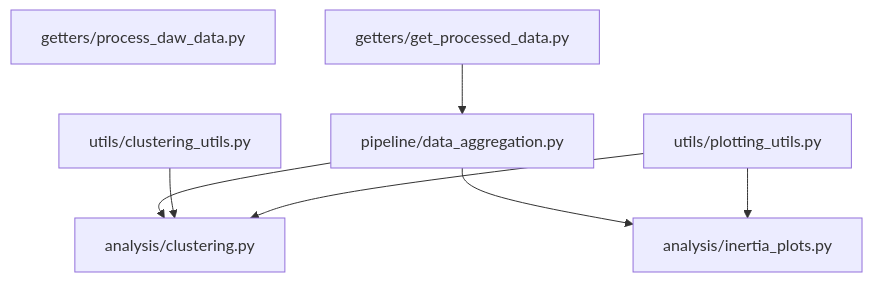
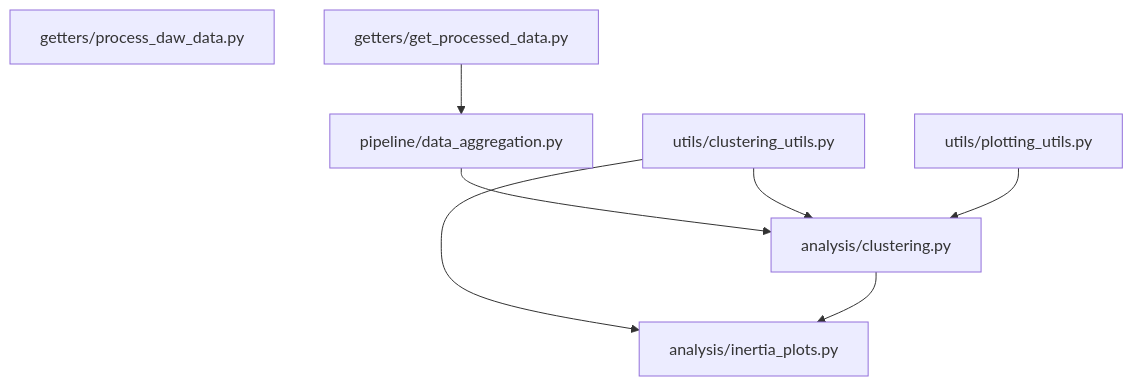
Before and after one commit to nestauk/asf_smart_meter_exploration: the diagram in README.md, drawn with Mermaid.

Commit message:
fixing dependency graph

````diff
--- a/README.md
+++ b/README.md
@@ -63,10 +63,10 @@
 ```mermaid
   graph TD;
       getters/process_daw_data.py;
       getters/get_processed_data.py-->pipeline/data_aggregation.py;
       pipeline/data_aggregation.py-->analysis/clustering.py;
-      pipeline/data_aggregation.py-->analysis/inertia_plots.py;
+      utils/clustering_utils.py-->analysis/inertia_plots.py;
       utils/clustering_utils.py-->analysis/clustering.py;
       utils/plotting_utils.py-->analysis/clustering.py;
-      utils/plotting_utils.py-->analysis/inertia_plots.py;
+      analysis/clustering.py-->analysis/inertia_plots.py;
 ```
````
